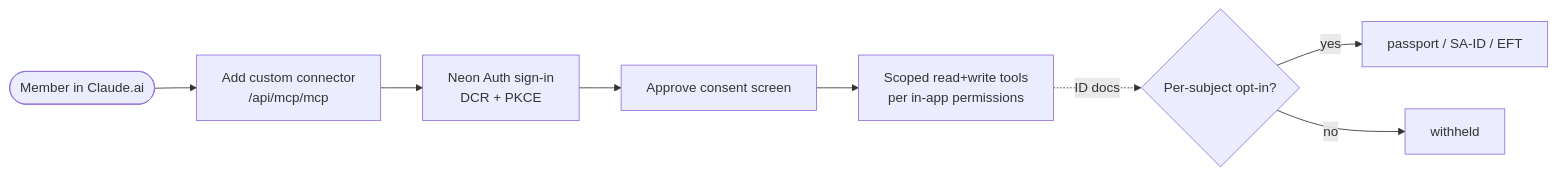
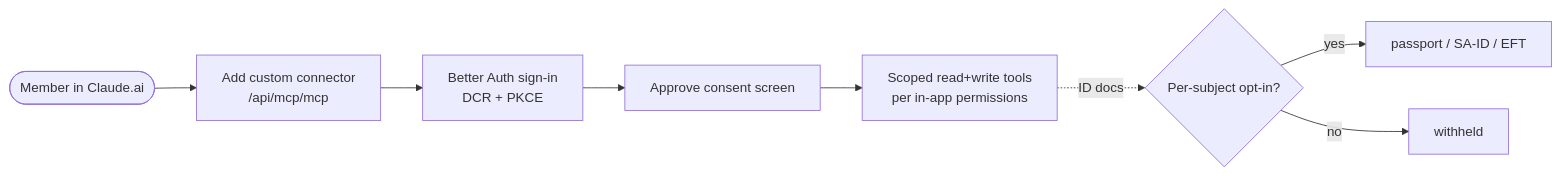
Before and after one commit to RyRy79261/camp-404: the eighth of 9 diagrams in docs/user-journey.md, drawn with Mermaid. The commit also changed other lines of this file and 31 other files, not shown here.

First line of the commit message:
docs: every page, script and guide that named Neon Auth now describes the login we run

````diff
--- a/docs/user-journey.md
+++ b/docs/user-journey.md
@@ -259,10 +259,10 @@
 ```mermaid
 flowchart LR
     M([Member in Claude.ai]) --> ADD[Add custom connector<br/>/api/mcp/mcp]
-    ADD --> OAUTH[Neon Auth sign-in<br/>DCR + PKCE]
+    ADD --> OAUTH[Better Auth sign-in<br/>DCR + PKCE]
     OAUTH --> CONSENT[Approve consent screen]
     CONSENT --> TOOLS[Scoped read+write tools<br/>per in-app permissions]
     TOOLS -.ID docs.-> OPTIN{Per-subject opt-in?}
     OPTIN -->|yes| IDS[passport / SA-ID / EFT]
     OPTIN -->|no| BLOCK[withheld]
 ```
````
